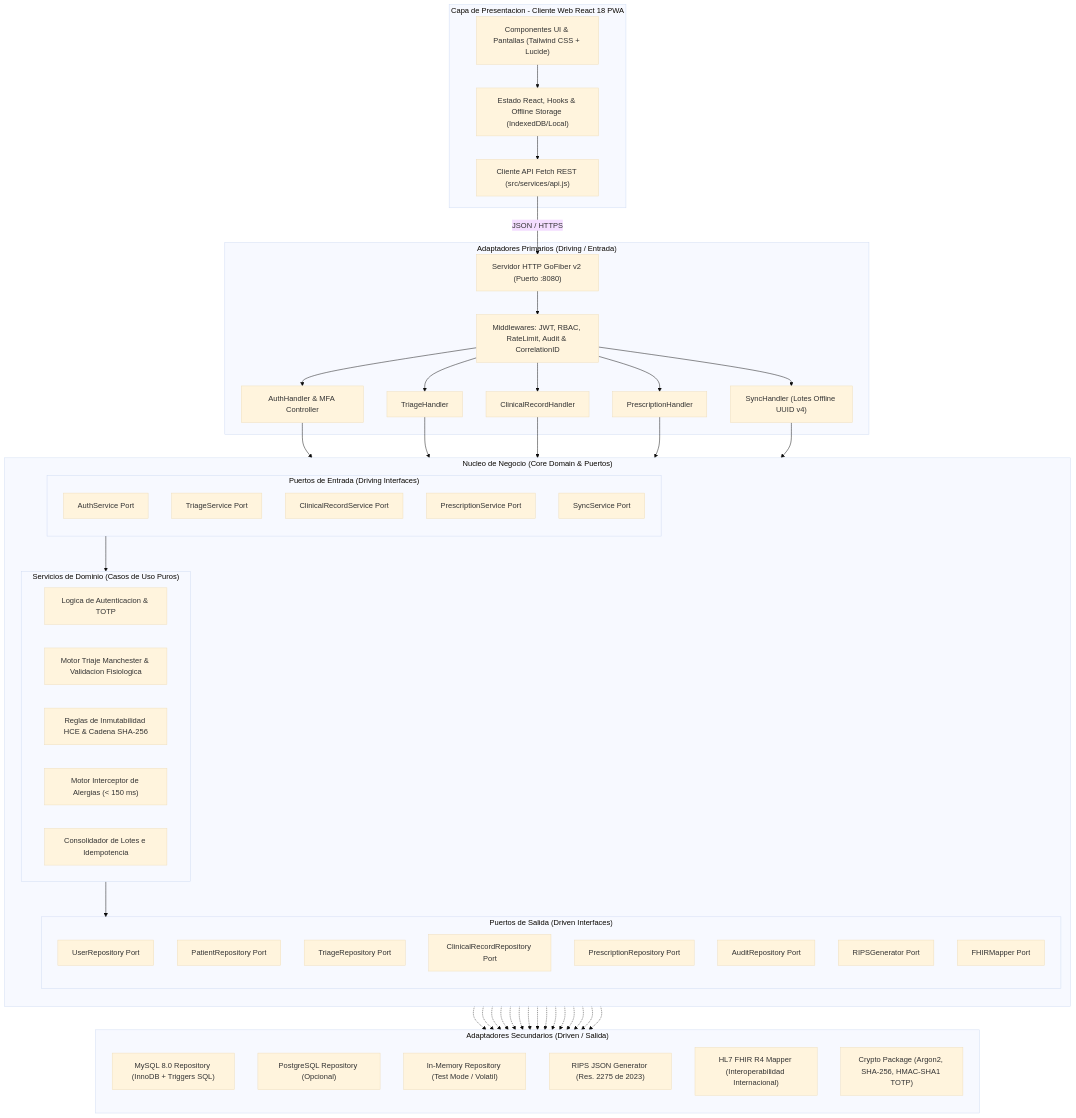
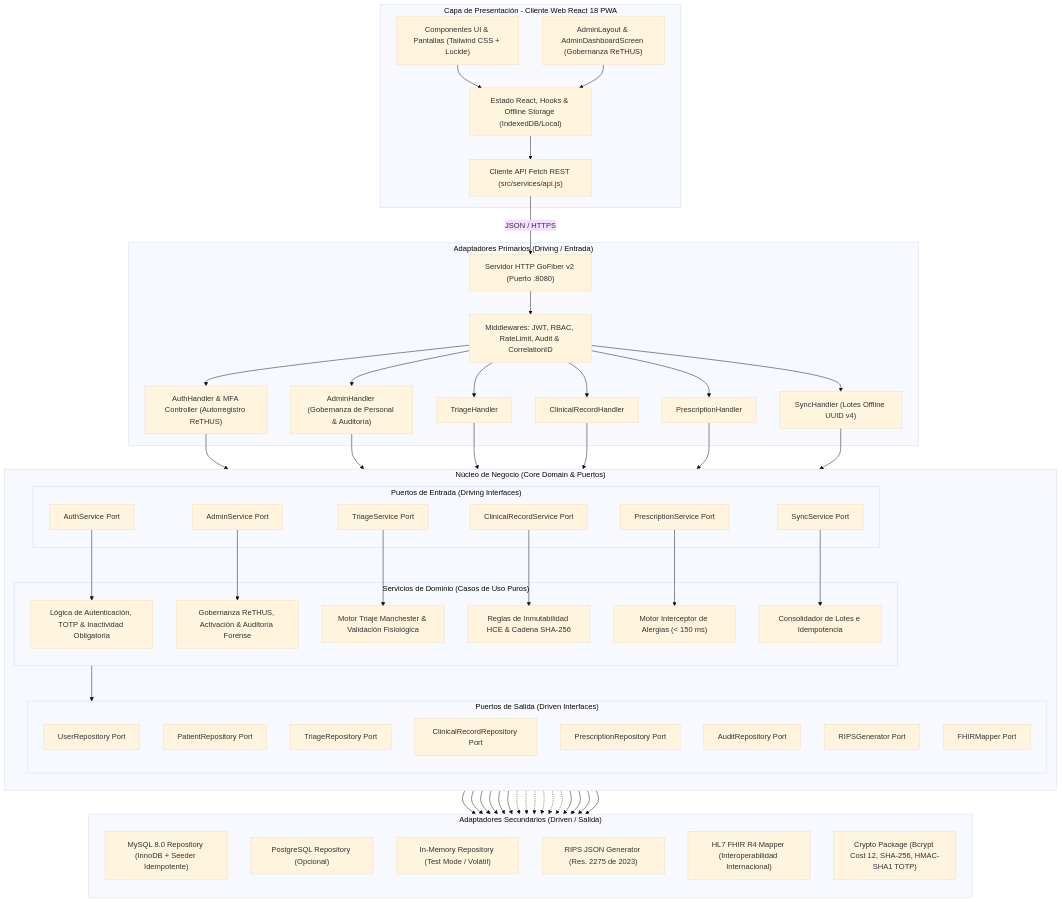
Before and after one commit to ThiagoVelez/Proyecto_felipe: the second of 6 diagrams in README.md, drawn with Mermaid (base theme). The commit also changed other lines of this file and 21 other files, not shown here.

Commit message:
docs(readme): actualizar readme con diagramas uml compilados png y svg de gobernanza rethus y adminlayout

````diff
--- a/README.md
+++ b/README.md
@@ -144,16 +157,19 @@
 ```mermaid
 flowchart TD
-    subgraph Frontend ["Capa de Presentacion - Cliente Web React 18 PWA"]
+    subgraph Frontend ["Capa de Presentación - Cliente Web React 18 PWA"]
         UI["Componentes UI & Pantallas (Tailwind CSS + Lucide)"]
+        AdminUI["AdminLayout & AdminDashboardScreen (Gobernanza ReTHUS)"]
         State["Estado React, Hooks & Offline Storage (IndexedDB/Local)"]
         APIClient["Cliente API Fetch REST (src/services/api.js)"]
         UI --> State
+        AdminUI --> State
         State --> APIClient
     end
 
     subgraph PrimaryAdapters ["Adaptadores Primarios (Driving / Entrada)"]
         FiberServer["Servidor HTTP GoFiber v2 (Puerto :8080)"]
-        AuthHandler["AuthHandler & MFA Controller"]
+        AuthHandler["AuthHandler & MFA Controller (Autorregistro ReTHUS)"]
+        AdminHandler["AdminHandler (Gobernanza de Personal & Auditoría)"]
         TriageHandler["TriageHandler"]
         RecordHandler["ClinicalRecordHandler"]
         PrescHandler["PrescriptionHandler"]
@@ -161,10 +177,11 @@
         Middlewares["Middlewares: JWT, RBAC, RateLimit, Audit & CorrelationID"]
     end
 
-    subgraph CoreHexagon ["Nucleo de Negocio (Core Domain & Puertos)"]
+    subgraph CoreHexagon ["Núcleo de Negocio (Core Domain & Puertos)"]
         direction TB
         subgraph InPorts ["Puertos de Entrada (Driving Interfaces)"]
             AuthServicePort["AuthService Port"]
+            AdminServicePort["AdminService Port"]
             TriageServicePort["TriageService Port"]
             RecordServicePort["ClinicalRecordService Port"]
             PrescServicePort["PrescriptionService Port"]
@@ -172,8 +189,9 @@
         end
 
         subgraph DomainServices ["Servicios de Dominio (Casos de Uso Puros)"]
-            AuthLogic["Logica de Autenticacion & TOTP"]
-            ManchesterEngine["Motor Triaje Manchester & Validacion Fisiologica"]
+            AuthLogic["Lógica de Autenticación, TOTP & Inactividad Obligatoria"]
+            AdminLogic["Gobernanza ReTHUS, Activación & Auditoría Forense"]
+            ManchesterEngine["Motor Triaje Manchester & Validación Fisiológica"]
             HCEImmutability["Reglas de Inmutabilidad HCE & Cadena SHA-256"]
             AllergyInterceptor["Motor Interceptor de Alergias (< 150 ms)"]
             SyncIdempotency["Consolidador de Lotes e Idempotencia"]
@@ -193,34 +211,55 @@
 
     subgraph SecondaryAdapters ["Adaptadores Secundarios (Driven / Salida)"]
         direction TB
-        MySQLAdapter["MySQL 8.0 Repository (InnoDB + Triggers SQL)"]
+        MySQLAdapter["MySQL 8.0 Repository (InnoDB + Seeder Idempotente)"]
         PostgresAdapter["PostgreSQL Repository (Opcional)"]
-        MemoryAdapter["In-Memory Repository (Test Mode / Volatil)"]
+        MemoryAdapter["In-Memory Repository (Test Mode / Volátil)"]
         RIPSJsonAdapter["RIPS JSON Generator (Res. 2275 de 2023)"]
         HL7FHIRAdapter["HL7 FHIR R4 Mapper (Interoperabilidad Internacional)"]
-        CryptoAdapter["Crypto Package (Argon2, SHA-256, HMAC-SHA1 TOTP)"]
+        CryptoAdapter["Crypto Package (Bcrypt Cost 12, SHA-256, HMAC-SHA1 TOTP)"]
     end
 
     APIClient -->|JSON / HTTPS| FiberServer
     FiberServer --> Middlewares
-    Middlewares --> AuthHandler & TriageHandler & RecordHandler & PrescHandler & SyncHandler
+    Middlewares --> AuthHandler
+    Middlewares --> AdminHandler
+    Middlewares --> TriageHandler
+    Middlewares --> RecordHandler
+    Middlewares --> PrescHandler
+    Middlewares --> SyncHandler
 
     AuthHandler --> AuthServicePort
+    AdminHandler --> AdminServicePort
     TriageHandler --> TriageServicePort
     RecordHandler --> RecordServicePort
     PrescHandler --> PrescServicePort
     SyncHandler --> SyncServicePort
 
-    InPorts --> DomainServices
+    AuthServicePort --> AuthLogic
+    AdminServicePort --> AdminLogic
+    TriageServicePort --> ManchesterEngine
+    RecordServicePort --> HCEImmutability
+    PrescServicePort --> AllergyInterceptor
+    SyncServicePort --> SyncIdempotency
+
     DomainServices --> OutPorts
 
-    UserRepoPort -.-> MySQLAdapter & MemoryAdapter
-    PatientRepoPort -.-> MySQLAdapter & MemoryAdapter
-    TriageRepoPort -.-> MySQLAdapter & MemoryAdapter
-    RecordRepoPort -.-> MySQLAdapter & MemoryAdapter
-    PrescRepoPort -.-> MySQLAdapter & MemoryAdapter
-    AuditRepoPort -.-> MySQLAdapter & MemoryAdapter
-    RIPSGenPort -.-> RIPSJsonAdapter
-    FHIRMapPort -.-> HL7FHIRAdapter
-    DomainServices -.-> CryptoAdapter
+    UserRepoPort --> MySQLAdapter
+    PatientRepoPort --> MySQLAdapter
+    TriageRepoPort --> MySQLAdapter
+    RecordRepoPort --> MySQLAdapter
+    PrescRepoPort --> MySQLAdapter
+    AuditRepoPort --> MySQLAdapter
+
+    UserRepoPort -.-> MemoryAdapter
+    PatientRepoPort -.-> MemoryAdapter
+    TriageRepoPort -.-> MemoryAdapter
+    RecordRepoPort -.-> MemoryAdapter
+    PrescRepoPort -.-> MemoryAdapter
+    AuditRepoPort -.-> MemoryAdapter
+
+    RIPSGenPort --> RIPSJsonAdapter
+    FHIRMapPort --> HL7FHIRAdapter
+    AuthLogic --> CryptoAdapter
+    HCEImmutability --> CryptoAdapter
 ```
````
